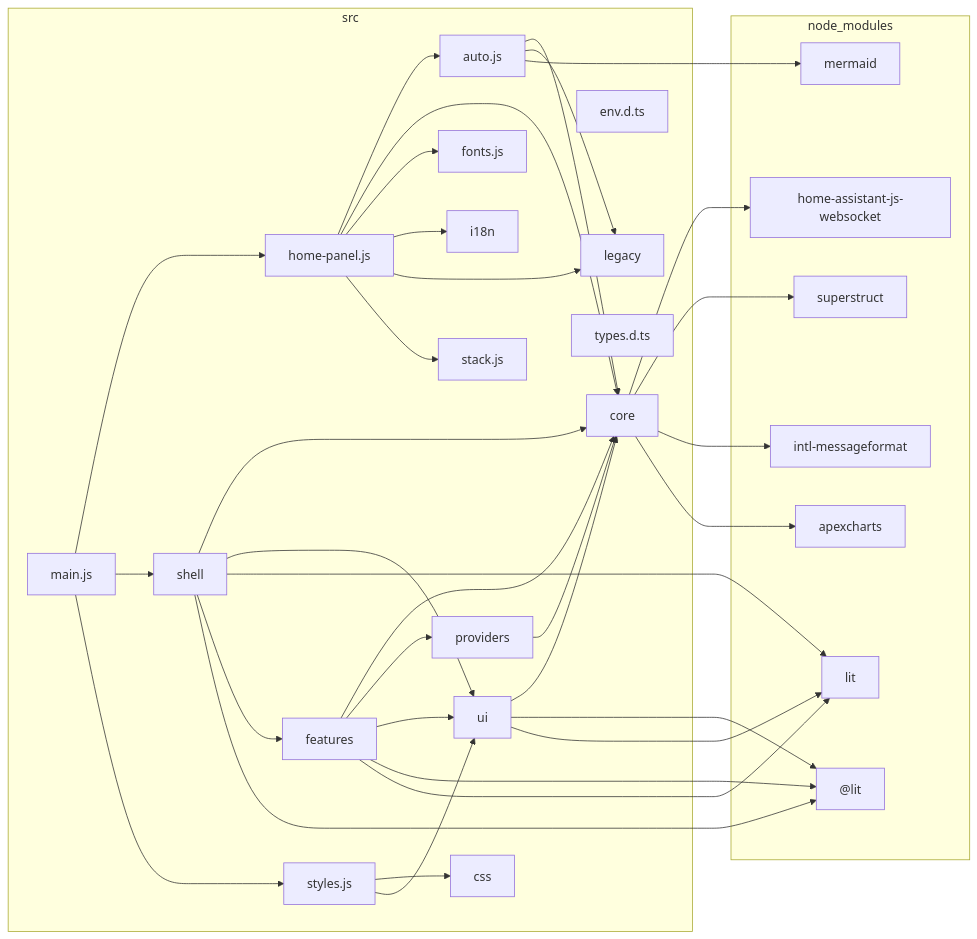
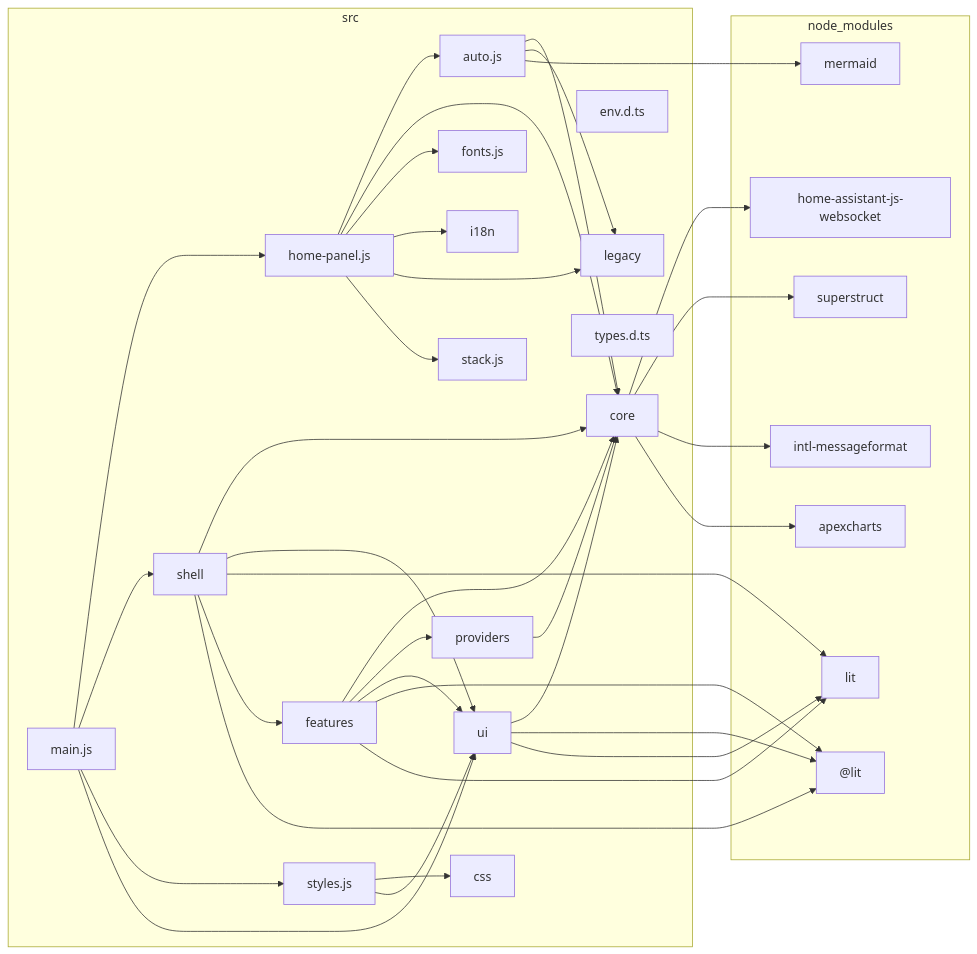
The diagram in docs/architecture/dependency-graph.md (pldelisle/ha-home-panel), drawn with Mermaid before and after one commit. The commit also changed 22 other files, not shown here.

````diff
--- a/docs/architecture/dependency-graph.md
+++ b/docs/architecture/dependency-graph.md
@@ -5,63 +5,64 @@
 ```mermaid
 flowchart LR
 
 subgraph 0["node_modules"]
 1["@lit"]
 2["apexcharts"]
 3["home-assistant-js-websocket"]
 4["intl-messageformat"]
 5["lit"]
 6["mermaid"]
 7["superstruct"]
 end
 subgraph 8["src"]
 9["auto.js"]
 A["core"]
 B["css"]
 C["env.d.ts"]
 D["features"]
 E["fonts.js"]
 F["home-panel.js"]
 G["i18n"]
 H["legacy"]
 I["main.js"]
 J["providers"]
 K["shell"]
 L["stack.js"]
 M["styles.js"]
 N["types.d.ts"]
 O["ui"]
 end
 9-->A
 9-->H
 9-->6
 A-->3
 A-->7
 A-->4
 A-->2
 D-->A
 D-->J
 D-->O
 D-->1
 D-->5
 F-->9
 F-->A
 F-->E
 F-->G
 F-->H
 F-->L
 I-->F
 I-->K
 I-->M
+I-->O
 J-->A
 K-->A
 K-->O
 K-->5
 K-->D
 K-->1
 M-->B
 M-->O
 O-->A
 O-->1
 O-->5
 ```
````
